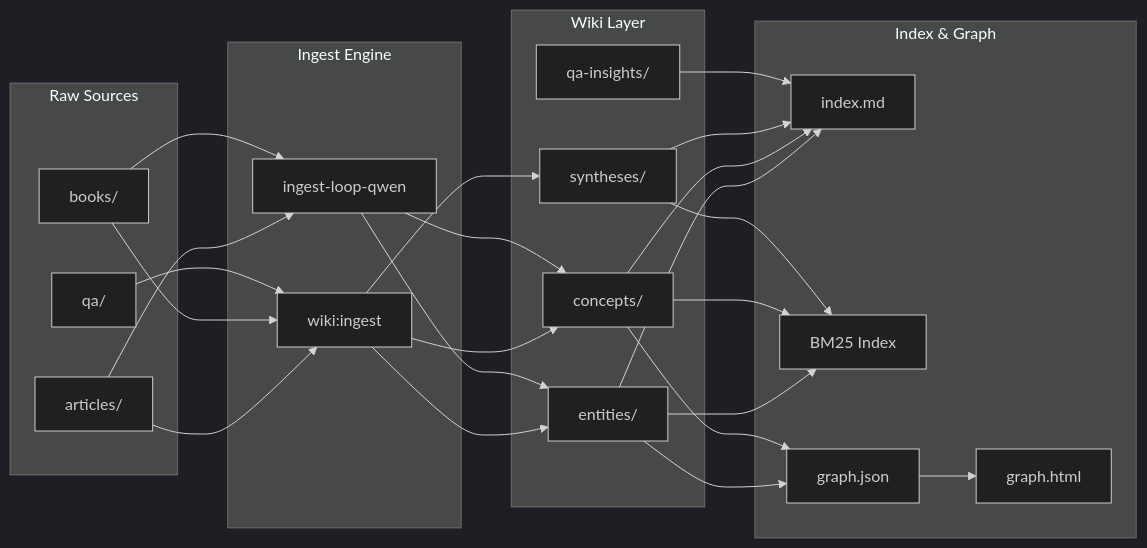
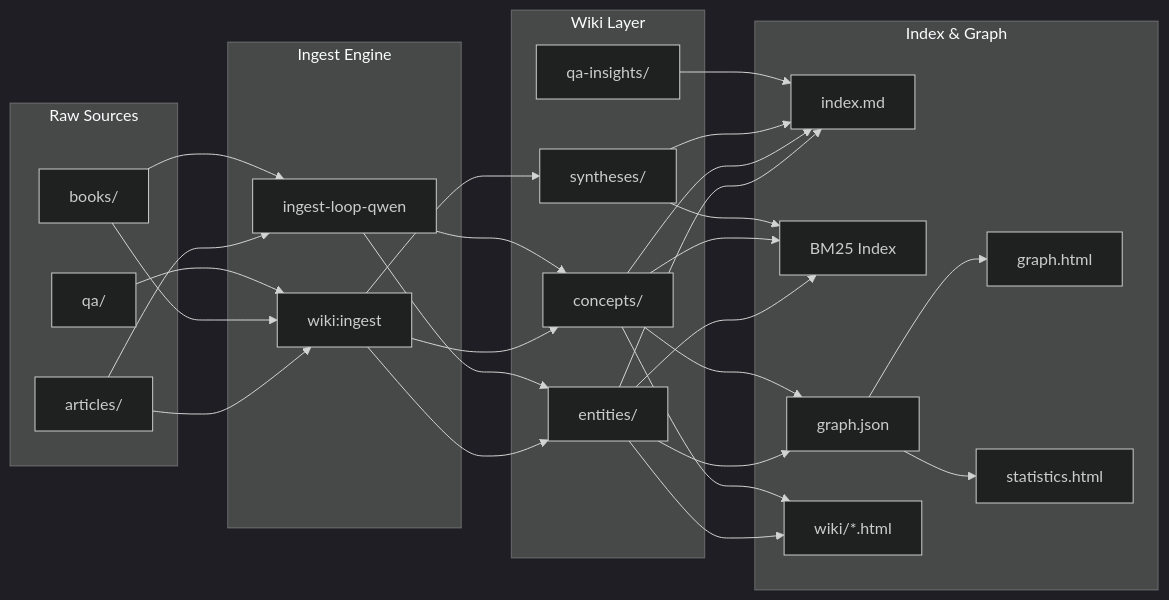
Before and after one commit to 1998x-stack/llm-wiki-plugin: the diagram in README.md, drawn with Mermaid (dark theme). The commit also changed other lines of this file and 5 other files, not shown here.

````diff
--- a/README.md
+++ b/README.md
@@ -18,48 +18,53 @@
 ```mermaid
 graph LR
     subgraph "Raw Sources"
         A1[articles/]
         A2[books/]
         A3[qa/]
     end
 
     subgraph "Ingest Engine"
         B1[wiki:ingest]
         B2[ingest-loop-qwen]
     end
 
     subgraph "Wiki Layer"
         C1[entities/]
         C2[concepts/]
         C3[syntheses/]
         C4[qa-insights/]
     end
 
     subgraph "Index & Graph"
         D1[index.md]
         D2[BM25 Index]
         D3[graph.json]
         D4[graph.html]
+        D5[statistics.html]
+        D6[wiki/*.html]
     end
 
     A1 --> B1
     A2 --> B1
     A3 --> B1
     A1 --> B2
     A2 --> B2
     B1 --> C1
     B1 --> C2
     B1 --> C3
     B2 --> C1
     B2 --> C2
     C1 --> D1
     C2 --> D1
     C3 --> D1
     C4 --> D1
     C1 --> D2
     C2 --> D2
     C3 --> D2
     C1 --> D3
     C2 --> D3
     D3 --> D4
+    D3 --> D5
+    C1 --> D6
+    C2 --> D6
 ```
````
